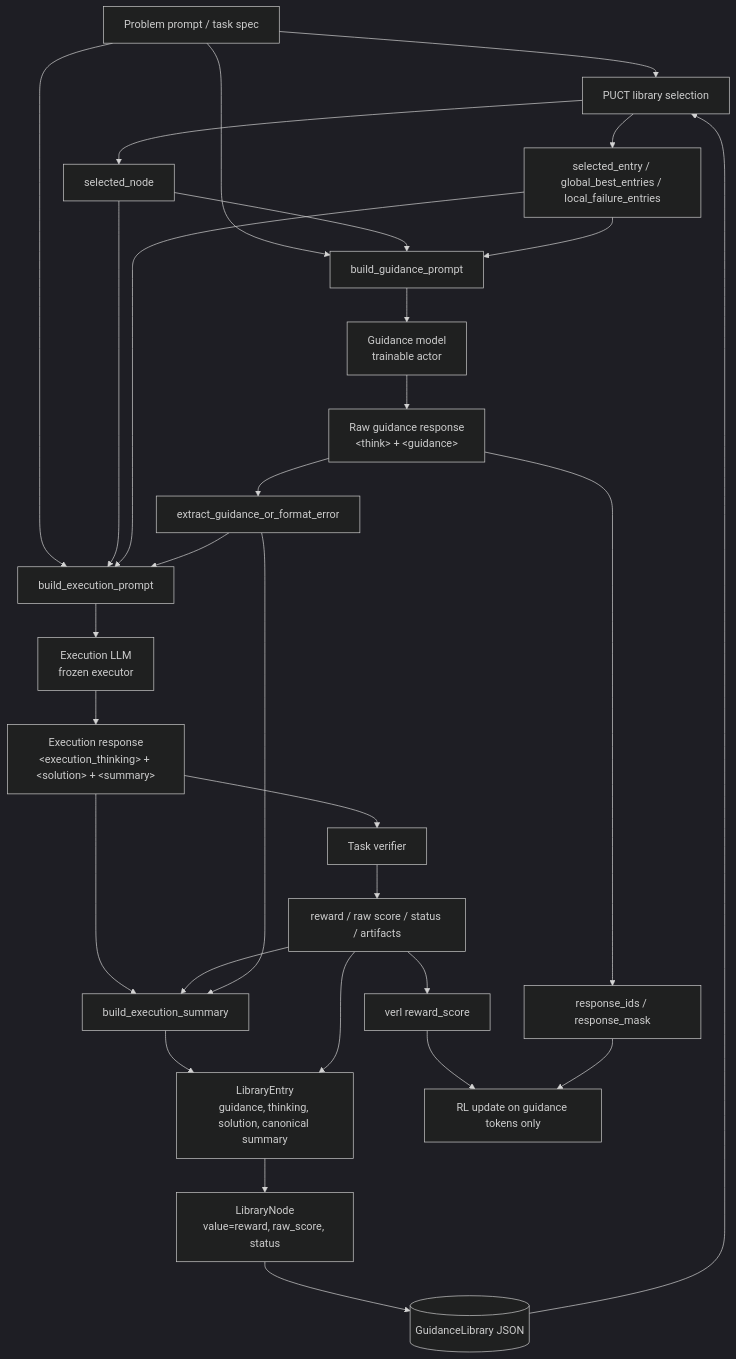
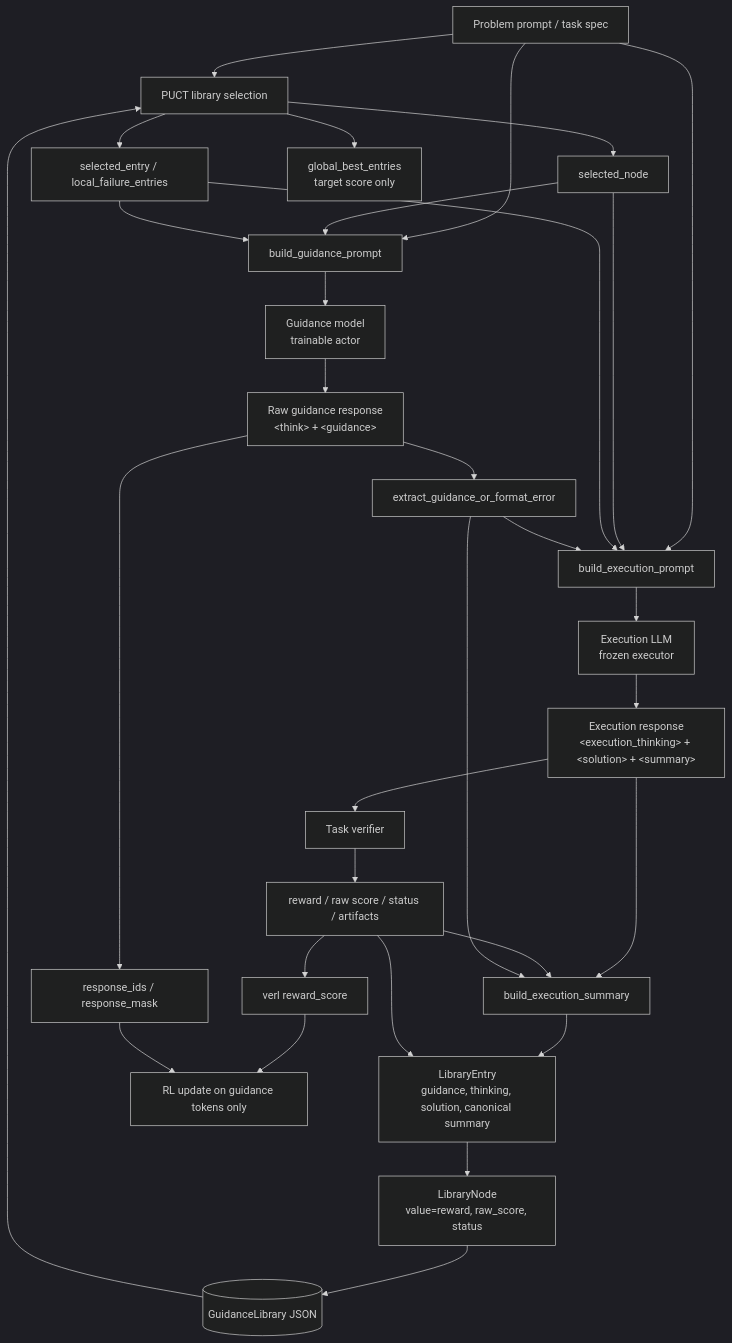
The diagram in docs/guidance_ttt_prompts.md (Chonghe-Jiang/open-ttt-verl), drawn with Mermaid (dark theme) before and after one commit. The commit also changed other lines of this file and 7 other files, not shown here.

````diff
--- a/docs/guidance_ttt_prompts.md
+++ b/docs/guidance_ttt_prompts.md
@@ -18,38 +18,39 @@
 ```mermaid
 flowchart TD
     A[Problem prompt / task spec] --> C[PUCT library selection]
     B[(GuidanceLibrary JSON)] --> C
 
     C --> D[selected_node]
-    C --> E[selected_entry / global_best_entries / local_failure_entries]
+    C --> E[selected_entry / local_failure_entries]
+    C --> X[global_best_entries<br/>target score only]
 
     A --> F[build_guidance_prompt]
     D --> F
     E --> F
     F --> G[Guidance model<br/>trainable actor]
     G --> H[Raw guidance response<br/>&lt;think&gt; + &lt;guidance&gt;]
     H --> I[extract_guidance_or_format_error]
 
     A --> J[build_execution_prompt]
     D --> J
     E --> J
     I --> J
     J --> K[Execution LLM<br/>frozen executor]
     K --> L[Execution response<br/>&lt;execution_thinking&gt; + &lt;solution&gt; + &lt;summary&gt;]
 
     L --> M[Task verifier]
     M --> N[reward / raw score / status / artifacts]
     L --> O[build_execution_summary]
     N --> O
     I --> O
 
     O --> P[LibraryEntry<br/>guidance, thinking, solution, canonical summary]
     N --> P
     P --> Q[LibraryNode<br/>value=reward, raw_score, status]
     Q --> B
 
     N --> R[verl reward_score]
     H --> S[response_ids / response_mask]
     R --> T[RL update on guidance tokens only]
     S --> T
 ```
````
